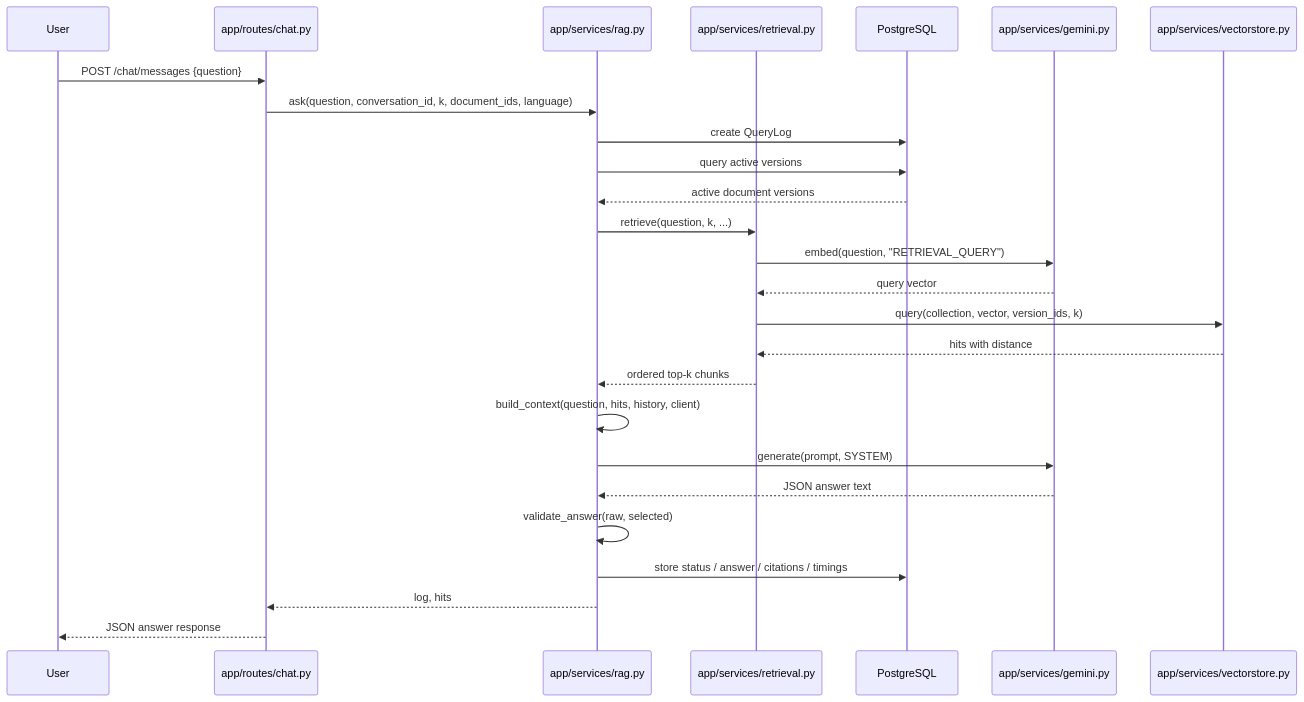
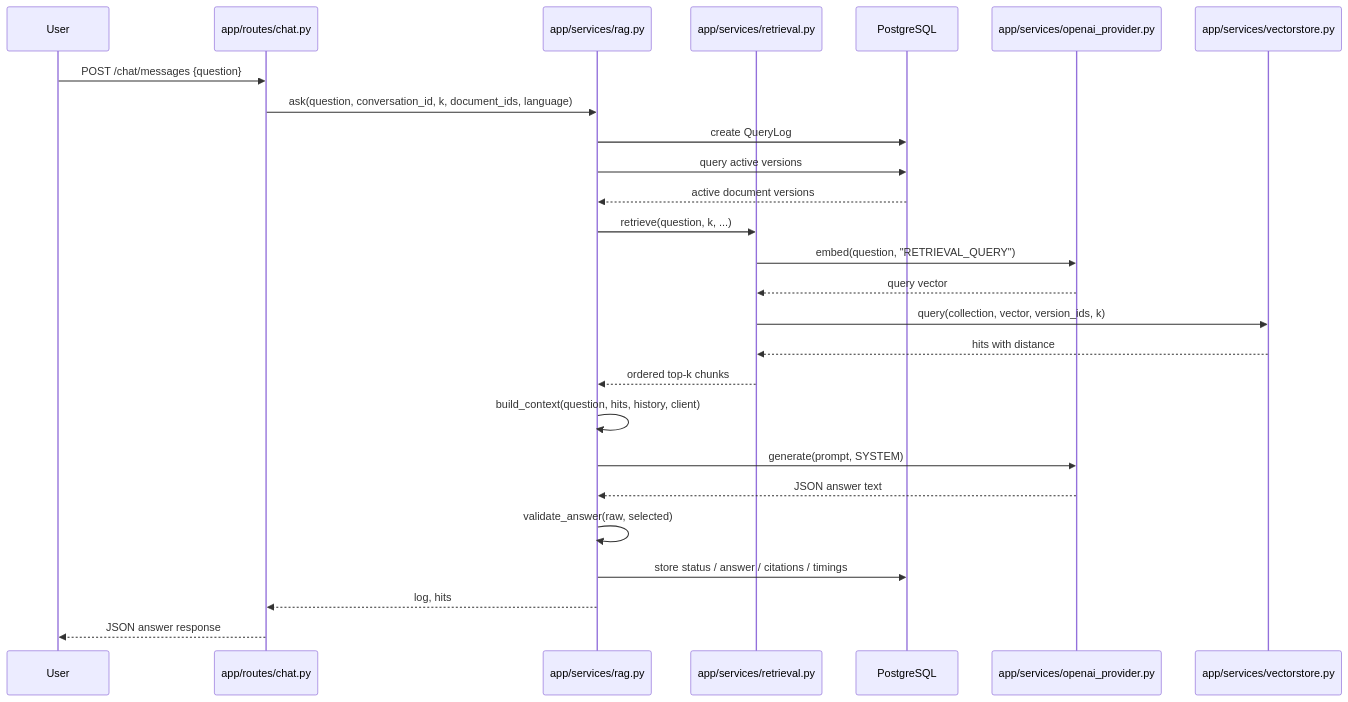
One commit to Dorjnyam/rag_chatbot_try changed the second of 2 diagrams in documentation/05-end-to-end-execution-flow.md. Above: the diagram before and after it, drawn with Mermaid. The commit also changed other lines of this file and 50 other files, not shown here.

````diff
--- a/documentation/05-end-to-end-execution-flow.md
+++ b/documentation/05-end-to-end-execution-flow.md
@@ -55,29 +55,29 @@
 ```mermaid
 sequenceDiagram
     participant User
     participant Route as app/routes/chat.py
     participant Rag as app/services/rag.py
     participant Retrieval as app/services/retrieval.py
     participant PG as PostgreSQL
-    participant Gemini as app/services/gemini.py
+    participant OpenAI as app/services/openai_provider.py
     participant Chroma as app/services/vectorstore.py
 
     User->>Route: POST /chat/messages {question}
     Route->>Rag: ask(question, conversation_id, k, document_ids, language)
     Rag->>PG: create QueryLog
     Rag->>PG: query active versions
     PG-->>Rag: active document versions
     Rag->>Retrieval: retrieve(question, k, ...)
-    Retrieval->>Gemini: embed(question, "RETRIEVAL_QUERY")
-    Gemini-->>Retrieval: query vector
+    Retrieval->>OpenAI: embed(question, "RETRIEVAL_QUERY")
+    OpenAI-->>Retrieval: query vector
     Retrieval->>Chroma: query(collection, vector, version_ids, k)
     Chroma-->>Retrieval: hits with distance
     Retrieval-->>Rag: ordered top-k chunks
     Rag->>Rag: build_context(question, hits, history, client)
-    Rag->>Gemini: generate(prompt, SYSTEM)
-    Gemini-->>Rag: JSON answer text
+    Rag->>OpenAI: generate(prompt, SYSTEM)
+    OpenAI-->>Rag: JSON answer text
     Rag->>Rag: validate_answer(raw, selected)
     Rag->>PG: store status / answer / citations / timings
     Rag-->>Route: log, hits
     Route-->>User: JSON answer response
 ```
````
